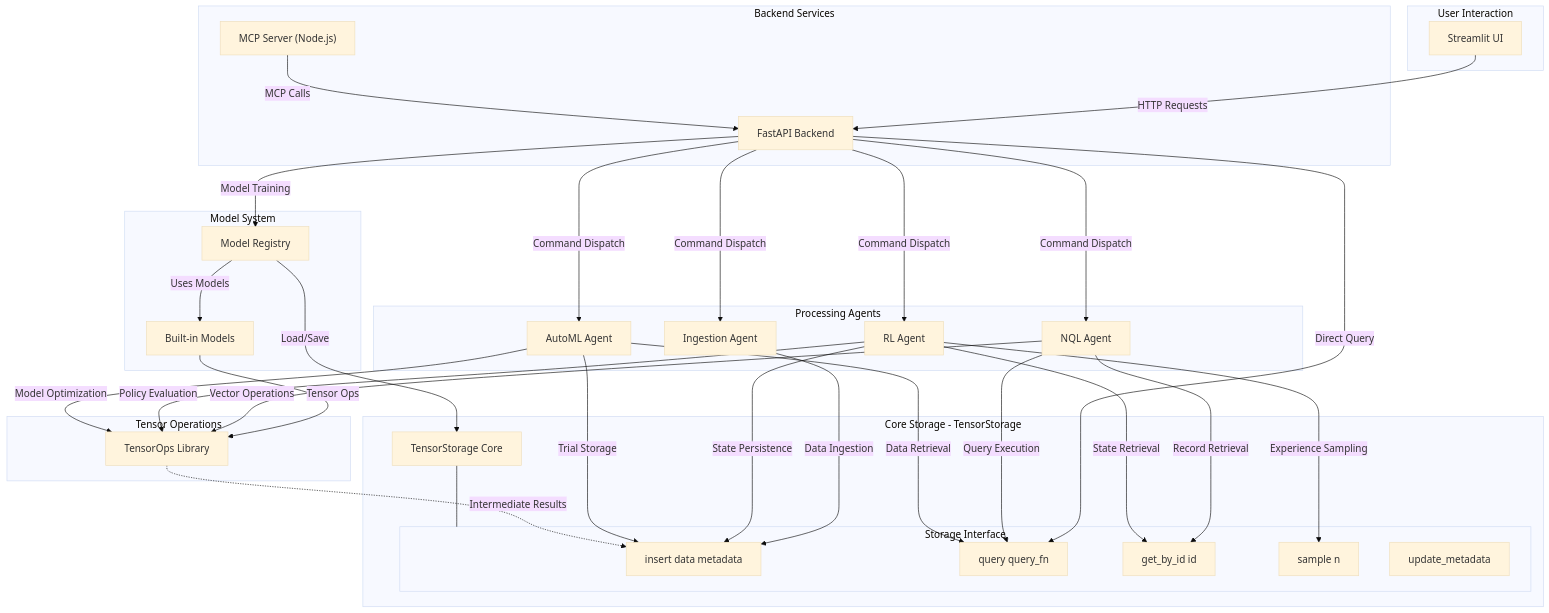
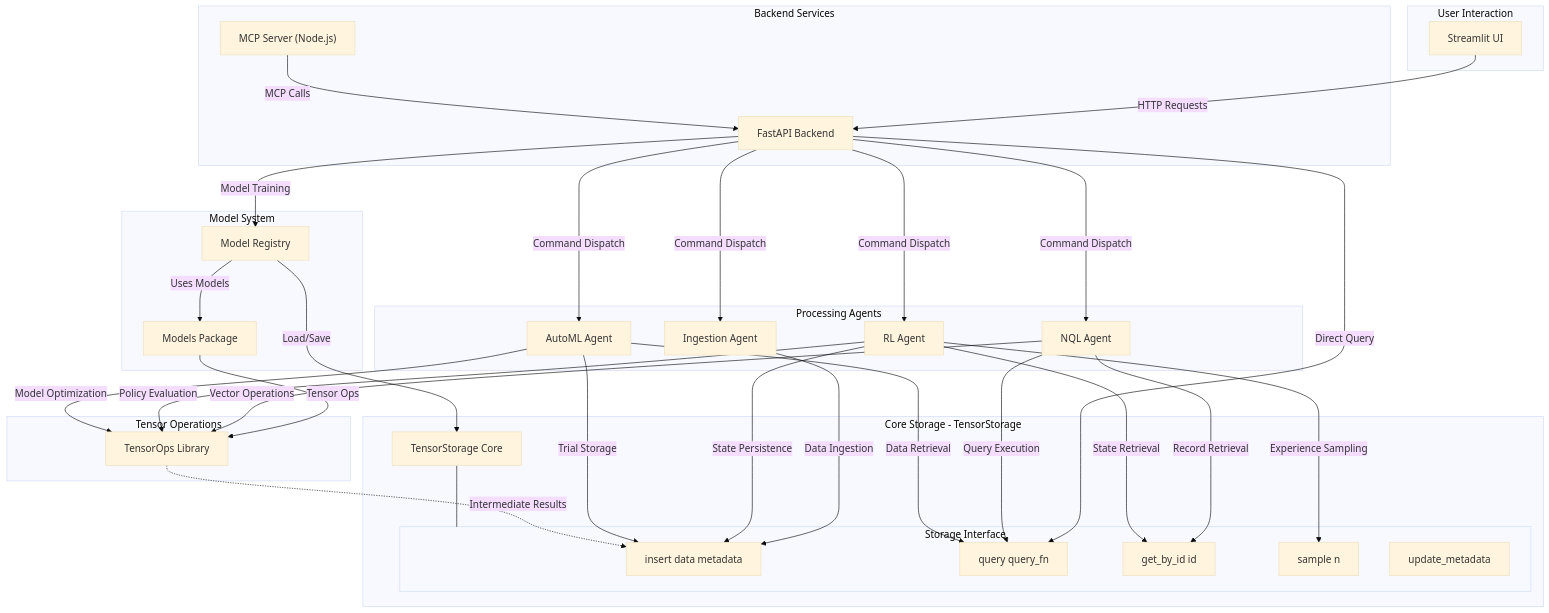
One commit to tensorus/tensorus changed the diagram in README.md. Above: the diagram before and after it, drawn with Mermaid (base theme). The commit also changed other lines of this file and 1 other file, not shown here.

Commit message:
docs: update model package info

```diff
--- a/README.md
+++ b/README.md
@@ -94,7 +94,7 @@
     %% Model System
     subgraph Model_Layer ["Model System"]
         Registry[Model Registry]
-        Builtins[Built-in Models]
+        ModelsPkg[Models Package]
     end
 
     %% Tensor Operations Library
@@ -115,9 +115,9 @@
     API -->|Direct Query| TS_query
 
     %% Model System Interactions
-    Registry -->|Uses Models| Builtins
+    Registry -->|Uses Models| ModelsPkg
     Registry -->|Load/Save| TS
-    Builtins -->|Tensor Ops| TOps
+    ModelsPkg -->|Tensor Ops| TOps
 
     %% Agent Storage Interactions
     IA -->|Data Ingestion| TS_insert
```
